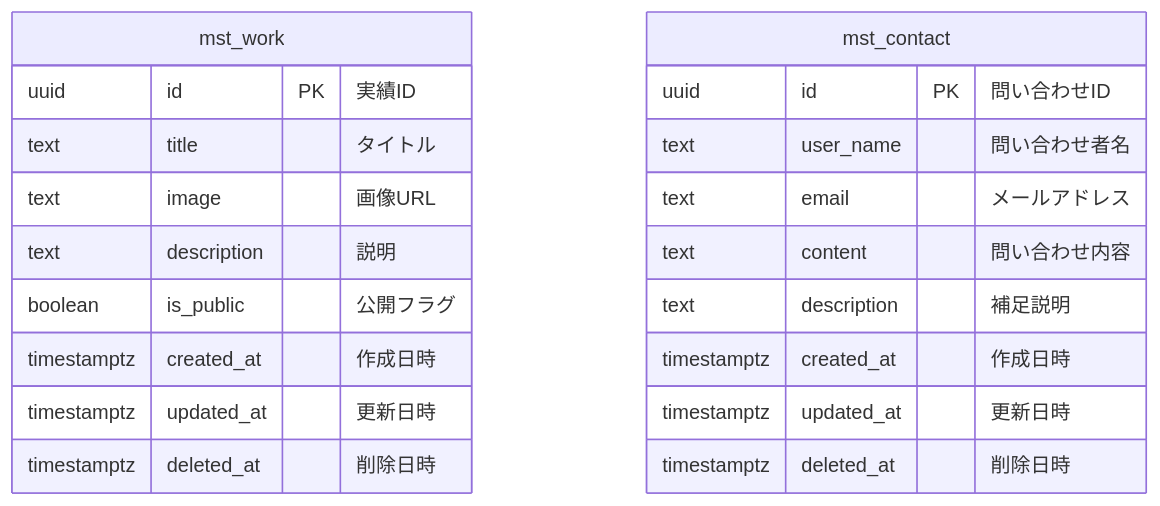
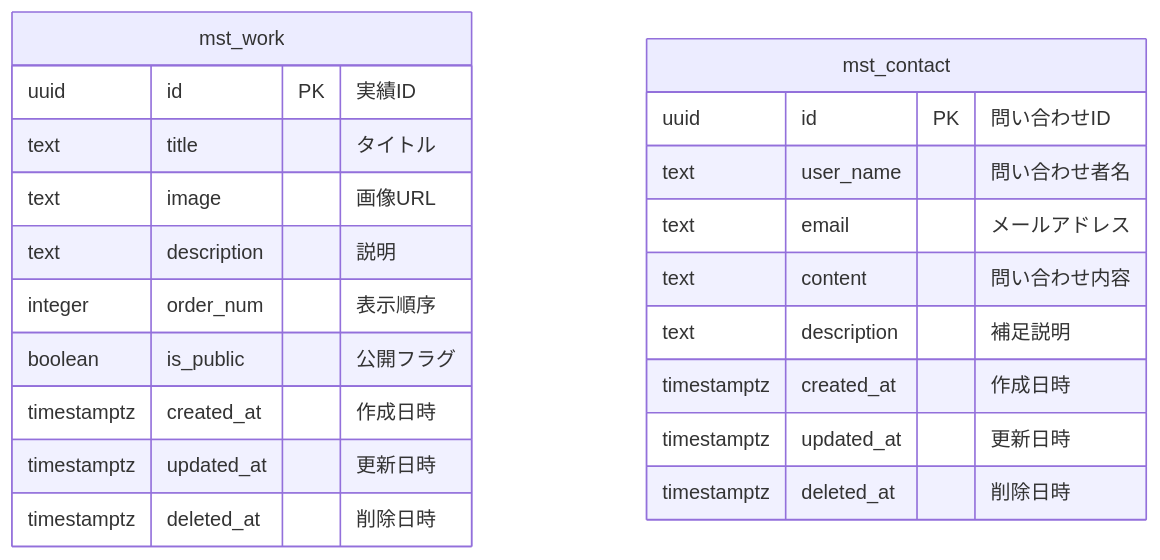
One commit to yamaitsu0513/Portfolio changed the first of 2 diagrams in database/erd.md. Above: the diagram before and after it, drawn with Mermaid. The commit also changed other lines of this file and 1 other file, not shown here.

Commit message:
update db-document and erd

````diff
--- a/database/erd.md
+++ b/database/erd.md
@@ -8,24 +8,25 @@
 ```mermaid
 erDiagram
     mst_work {
         uuid id PK "実績ID"
         text title "タイトル"
         text image "画像URL"
         text description "説明"
+        integer order_num "表示順序"
         boolean is_public "公開フラグ"
         timestamptz created_at "作成日時"
         timestamptz updated_at "更新日時"
         timestamptz deleted_at "削除日時"
     }
 
     mst_contact {
         uuid id PK "問い合わせID"
         text user_name "問い合わせ者名"
         text email "メールアドレス"
         text content "問い合わせ内容"
         text description "補足説明"
         timestamptz created_at "作成日時"
         timestamptz updated_at "更新日時"
         timestamptz deleted_at "削除日時"
     }
 ```
````
